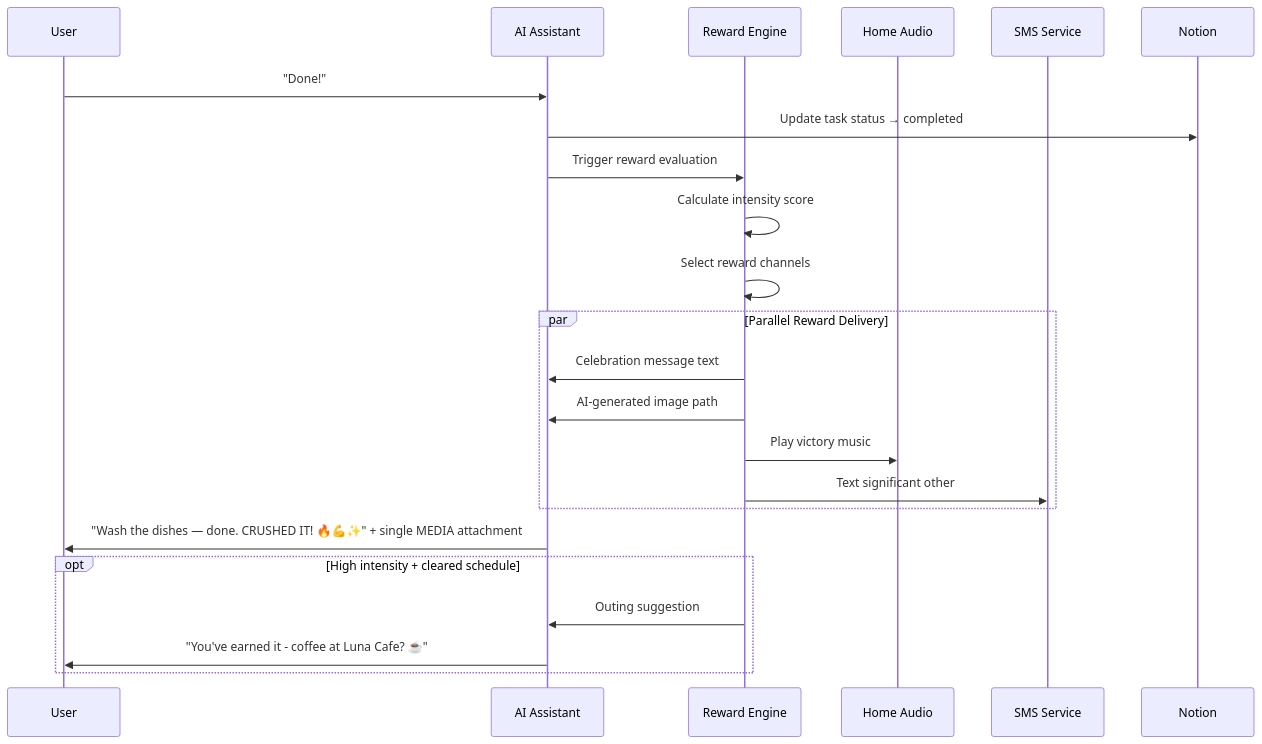
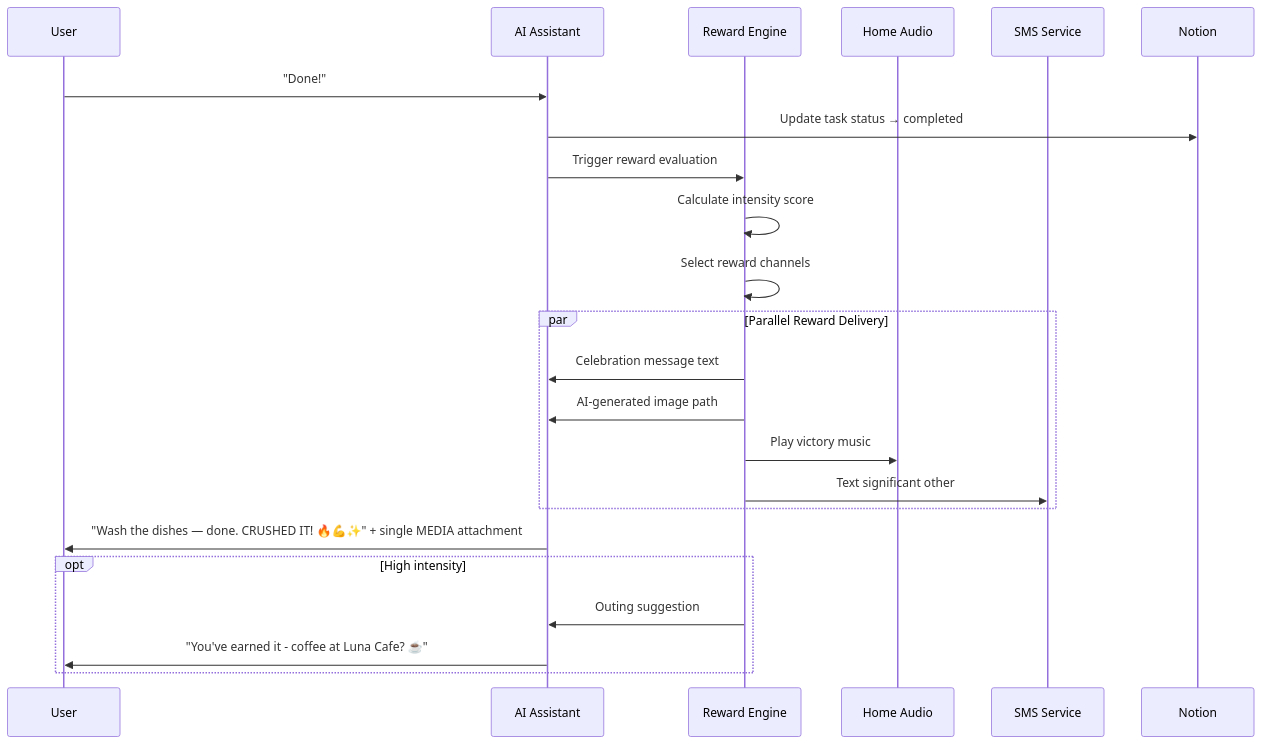
Diagram 16 of 17 in docs/reward-system.md (NickBorgersProbably/hide-my-list), drawn with Mermaid before and after one commit. The commit also changed other lines of this file and 25 other files, not shown here.

````diff
--- a/docs/reward-system.md
+++ b/docs/reward-system.md
@@ -989,30 +992,30 @@
 ```mermaid
 sequenceDiagram
     participant U as User
     participant AI as AI Assistant
     participant R as Reward Engine
     participant HA as Home Audio
     participant SMS as SMS Service
     participant N as Notion
 
     U->>AI: "Done!"
     AI->>N: Update task status → completed
     AI->>R: Trigger reward evaluation
 
     R->>R: Calculate intensity score
     R->>R: Select reward channels
 
     par Parallel Reward Delivery
         R->>AI: Celebration message text
         R->>AI: AI-generated image path
         R->>HA: Play victory music
         R->>SMS: Text significant other
     end
 
     AI->>U: "Wash the dishes — done. CRUSHED IT! 🔥💪✨" + single MEDIA attachment
 
-    opt High intensity + cleared schedule
+    opt High intensity
         R->>AI: Outing suggestion
         AI->>U: "You've earned it - coffee at Luna Cafe? ☕"
     end
 ```
````
